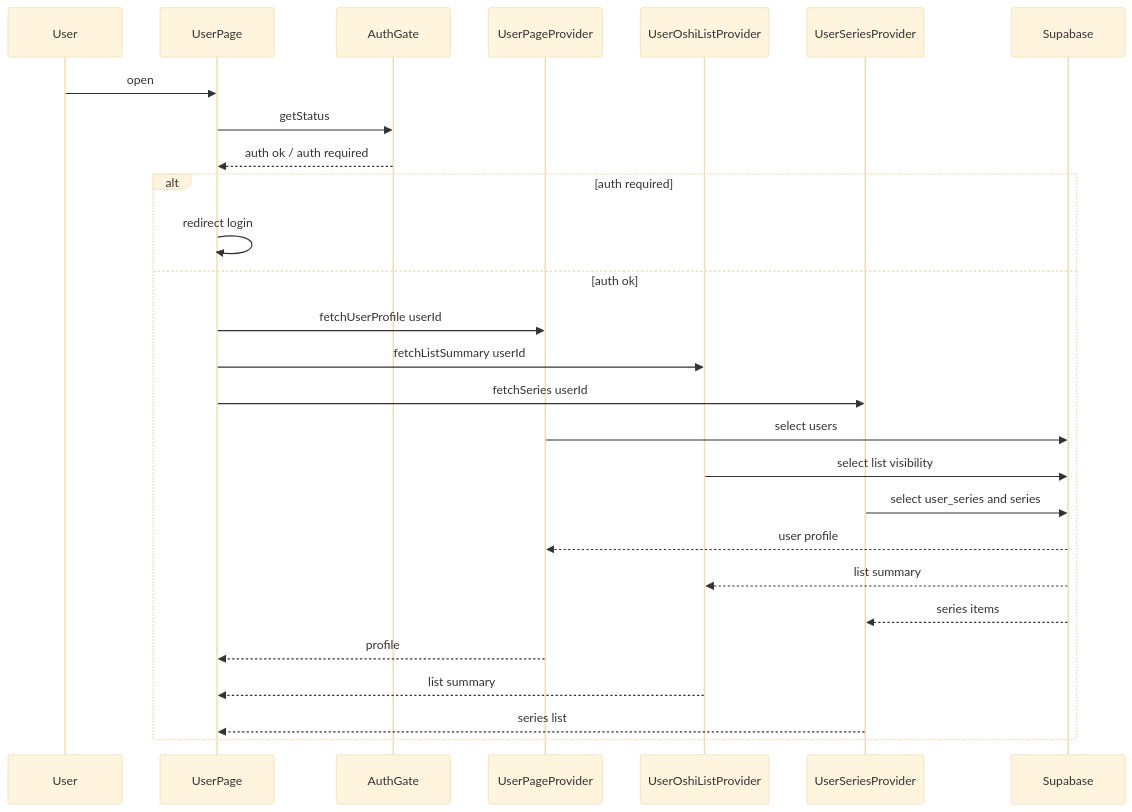
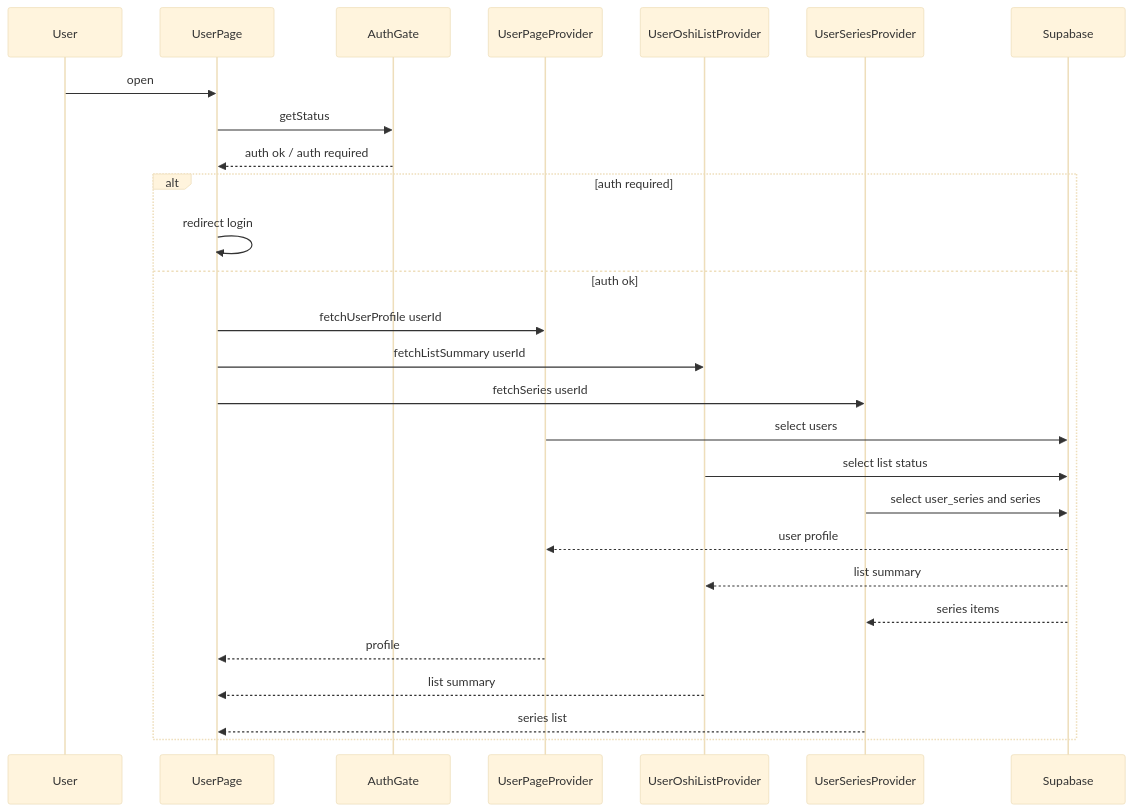
One commit to arinko39140/mangadouga changed the second of 4 diagrams in .kiro/specs/user-page-info-links/design.md. Above: the diagram before and after it, drawn with Mermaid (base theme). The commit also changed other lines of this file, not shown here.

Commit message:
Clarify user page link rules and list status

````diff
--- a/.kiro/specs/user-page-info-links/design.md
+++ b/.kiro/specs/user-page-info-links/design.md
@@ -117,29 +117,29 @@
 ```mermaid
 sequenceDiagram
   participant User
   participant UserPage
   participant AuthGate
   participant UserPageProvider
   participant UserOshiListProvider
   participant UserSeriesProvider
   participant Supabase
   User ->> UserPage: open
   UserPage ->> AuthGate: getStatus
   AuthGate -->> UserPage: auth ok / auth required
   alt auth required
     UserPage ->> UserPage: redirect login
   else auth ok
     UserPage ->> UserPageProvider: fetchUserProfile userId
     UserPage ->> UserOshiListProvider: fetchListSummary userId
     UserPage ->> UserSeriesProvider: fetchSeries userId
     UserPageProvider ->> Supabase: select users
-    UserOshiListProvider ->> Supabase: select list visibility
+    UserOshiListProvider ->> Supabase: select list status
     UserSeriesProvider ->> Supabase: select user_series and series
     Supabase -->> UserPageProvider: user profile
     Supabase -->> UserOshiListProvider: list summary
     Supabase -->> UserSeriesProvider: series items
     UserPageProvider -->> UserPage: profile
     UserOshiListProvider -->> UserPage: list summary
     UserSeriesProvider -->> UserPage: series list
   end
 ```
````
